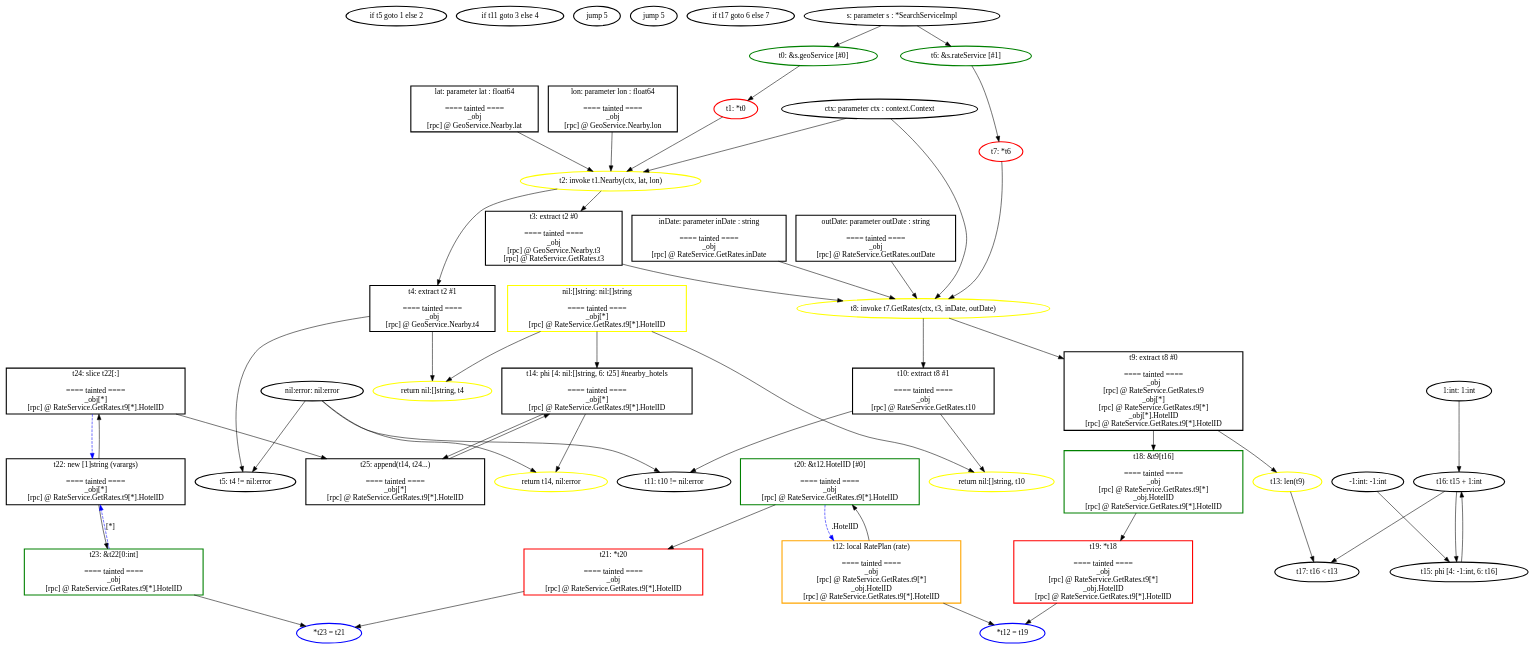
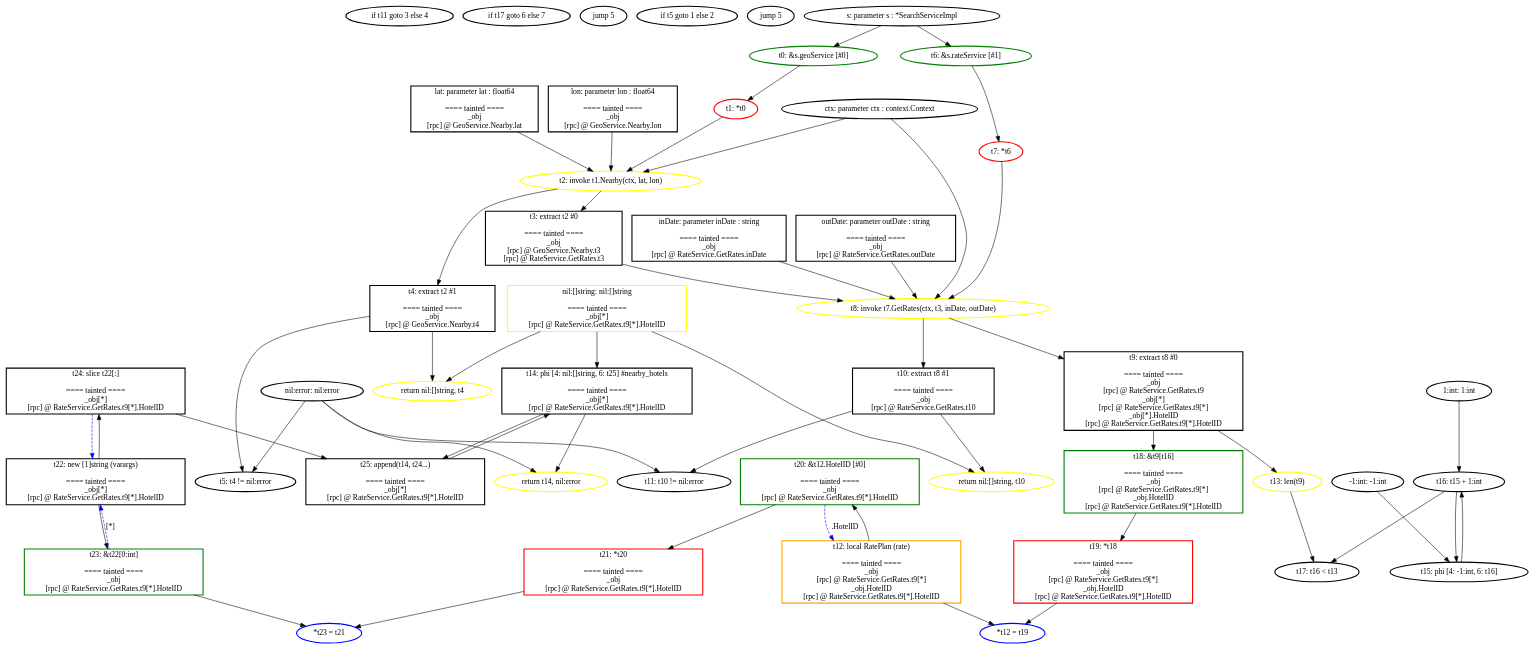
One commit to aletheia-microservices/aletheia changed the diagram in ssa_analysis/analyzer/output/dsb_hotel2/ssagraphs/hotelreservation2.SearchService.Nearby.dot. Above: the diagram before and after it, drawn with Graphviz. The commit also changed 479 other files, not shown here.

```diff
--- a/ssa_analysis/analyzer/output/dsb_hotel2/ssagraphs/hotelreservation2.SearchService.Nearby.dot
+++ b/ssa_analysis/analyzer/output/dsb_hotel2/ssagraphs/hotelreservation2.SearchService.Nearby.dot
@@ -1,35 +1,35 @@
 digraph G {
 	rankdir=TD;
-	N_instr__1151232560 [label="if t5 goto 1 else 2", style=bold, shape=ellipse, color="black"];
-	N_instr__1151232560 [label="if t5 goto 1 else 2", style=bold, shape=ellipse, color="black"];
-	N_instr__1353304593 [label="if t11 goto 3 else 4", style=bold, shape=ellipse, color="black"];
-	N_instr__1353304593 [label="if t11 goto 3 else 4", style=bold, shape=ellipse, color="black"];
-	N_instr__1560467421 [label="jump 5", style=bold, shape=ellipse, color="black"];
-	N_instr__1560467421 [label="jump 5", style=bold, shape=ellipse, color="black"];
-	N_instr__834263129 [label="jump 5", style=bold, shape=ellipse, color="black"];
-	N_instr__834263129 [label="jump 5", style=bold, shape=ellipse, color="black"];
-	N_instr__899115765 [label="if t17 goto 6 else 7", style=bold, shape=ellipse, color="black"];
-	N_instr__899115765 [label="if t17 goto 6 else 7", style=bold, shape=ellipse, color="black"];
-	N_instr_ret_2832297 [label="return nil:[]string, t4", style=bold, shape=ellipse, color="yellow"];
-	N_instr_ret_2832297 [label="return nil:[]string, t4", style=bold, shape=ellipse, color="yellow"];
-	N_instr_ret_2832424 [label="return nil:[]string, t10", style=bold, shape=ellipse, color="yellow"];
-	N_instr_ret_2832424 [label="return nil:[]string, t10", style=bold, shape=ellipse, color="yellow"];
-	N_instr_ret_2832541 [label="return t14, nil:error", style=bold, shape=ellipse, color="yellow"];
-	N_instr_ret_2832541 [label="return t14, nil:error", style=bold, shape=ellipse, color="yellow"];
-	N_instr_store_2832461 [label="*t12 = t19", style=bold, shape=ellipse, color="blue"];
-	N_instr_store_2832461 [label="*t12 = t19", style=bold, shape=ellipse, color="blue"];
-	N_instr_store_2832528 [label="*t23 = t21", style=bold, shape=ellipse, color="blue"];
-	N_instr_store_2832528 [label="*t23 = t21", style=bold, shape=ellipse, color="blue"];
-	N_nil_2046359962 [label="nil:error: nil:error", style=bold, shape=ellipse, color="black"];
-	N_nil_809098186 [label="nil:[]string: nil:[]string
+	N_instr__1057791145 [label="if t11 goto 3 else 4", style=bold, shape=ellipse, color="black"];
+	N_instr__1057791145 [label="if t11 goto 3 else 4", style=bold, shape=ellipse, color="black"];
+	N_instr__1237471363 [label="if t17 goto 6 else 7", style=bold, shape=ellipse, color="black"];
+	N_instr__1237471363 [label="if t17 goto 6 else 7", style=bold, shape=ellipse, color="black"];
+	N_instr__1324615467 [label="jump 5", style=bold, shape=ellipse, color="black"];
+	N_instr__1324615467 [label="jump 5", style=bold, shape=ellipse, color="black"];
+	N_instr__1620102774 [label="if t5 goto 1 else 2", style=bold, shape=ellipse, color="black"];
+	N_instr__1620102774 [label="if t5 goto 1 else 2", style=bold, shape=ellipse, color="black"];
+	N_instr__96129956 [label="jump 5", style=bold, shape=ellipse, color="black"];
+	N_instr__96129956 [label="jump 5", style=bold, shape=ellipse, color="black"];
+	N_instr_ret_4341304 [label="return nil:[]string, t4", style=bold, shape=ellipse, color="yellow"];
+	N_instr_ret_4341304 [label="return nil:[]string, t4", style=bold, shape=ellipse, color="yellow"];
+	N_instr_ret_4341431 [label="return nil:[]string, t10", style=bold, shape=ellipse, color="yellow"];
+	N_instr_ret_4341431 [label="return nil:[]string, t10", style=bold, shape=ellipse, color="yellow"];
+	N_instr_ret_4341548 [label="return t14, nil:error", style=bold, shape=ellipse, color="yellow"];
+	N_instr_ret_4341548 [label="return t14, nil:error", style=bold, shape=ellipse, color="yellow"];
+	N_instr_store_4341468 [label="*t12 = t19", style=bold, shape=ellipse, color="blue"];
+	N_instr_store_4341468 [label="*t12 = t19", style=bold, shape=ellipse, color="blue"];
+	N_instr_store_4341535 [label="*t23 = t21", style=bold, shape=ellipse, color="blue"];
+	N_instr_store_4341535 [label="*t23 = t21", style=bold, shape=ellipse, color="blue"];
+	N_nil_1111124541 [label="nil:[]string: nil:[]string
 
 ==== tainted ====
 _obj[*]
 [rpc] @ RateService.GetRates.t9[*].HotelID
 ", style=bold, shape=box, color="yellow"];
+	N_nil_892673024 [label="nil:error: nil:error", style=bold, shape=ellipse, color="black"];
 	N_val__1_int [label="-1:int: -1:int", style=bold, shape=ellipse, color="black"];
 	N_val_1_int [label="1:int: 1:int", style=bold, shape=ellipse, color="black"];
-	N_val_alloc_2832461 [label="t12: local RatePlan (rate)
+	N_val_alloc_4341468 [label="t12: local RatePlan (rate)
 
 ==== tainted ====
 _obj
@@ -37,19 +37,19 @@
 _obj.HotelID
 [rpc] @ RateService.GetRates.t9[*].HotelID
 ", style=bold, shape=box, color="orange"];
-	N_val_alloc_2832535 [label="t22: new [1]string (varargs)
+	N_val_alloc_4341542 [label="t22: new [1]string (varargs)
 
 ==== tainted ====
 _obj[*]
 [rpc] @ RateService.GetRates.t9[*].HotelID
 ", style=bold, shape=box, color="black"];
-	N_val_binary_2832286 [label="t5: t4 != nil:error", style=bold, shape=ellipse, color="black"];
-	N_val_binary_2832413 [label="t11: t10 != nil:error", style=bold, shape=ellipse, color="black"];
+	N_val_binary_4341293 [label="t5: t4 != nil:error", style=bold, shape=ellipse, color="black"];
+	N_val_binary_4341420 [label="t11: t10 != nil:error", style=bold, shape=ellipse, color="black"];
 	N_val_binaryt16 [label="t16: t15 + 1:int", style=bold, shape=ellipse, color="black"];
 	N_val_binaryt17 [label="t17: t16 < t13", style=bold, shape=ellipse, color="black"];
-	N_val_call_2832262 [label="t2: invoke t1.Nearby(ctx, lat, lon)", style=bold, shape=ellipse, color="yellow"];
-	N_val_call_2832364 [label="t8: invoke t7.GetRates(ctx, t3, inDate, outDate)", style=bold, shape=ellipse, color="yellow"];
-	N_val_call_2832507 [label="t25: append(t14, t24...)
+	N_val_call_4341269 [label="t2: invoke t1.Nearby(ctx, lat, lon)", style=bold, shape=ellipse, color="yellow"];
+	N_val_call_4341371 [label="t8: invoke t7.GetRates(ctx, t3, inDate, outDate)", style=bold, shape=ellipse, color="yellow"];
+	N_val_call_4341514 [label="t25: append(t14, t24...)
 
 ==== tainted ====
 _obj[*]
@@ -85,15 +85,15 @@
 _obj[*].HotelID
 [rpc] @ RateService.GetRates.t9[*].HotelID
 ", style=bold, shape=box, color="black"];
-	N_val_field_2832245 [label="t0: &s.geoService [#0]", style=bold, shape=ellipse, color="green"];
-	N_val_field_2832344 [label="t6: &s.rateService [#1]", style=bold, shape=ellipse, color="green"];
-	N_val_field_2832528 [label="t20: &t12.HotelID [#0]
+	N_val_field_4341252 [label="t0: &s.geoService [#0]", style=bold, shape=ellipse, color="green"];
+	N_val_field_4341351 [label="t6: &s.rateService [#1]", style=bold, shape=ellipse, color="green"];
+	N_val_field_4341535 [label="t20: &t12.HotelID [#0]
 
 ==== tainted ====
 _obj
 [rpc] @ RateService.GetRates.t9[*].HotelID
 ", style=bold, shape=box, color="green"];
-	N_val_index_2832475 [label="t18: &t9[t16]
+	N_val_index_4341482 [label="t18: &t9[t16]
 
 ==== tainted ====
 _obj
@@ -107,33 +107,33 @@
 _obj
 [rpc] @ RateService.GetRates.t9[*].HotelID
 ", style=bold, shape=box, color="green"];
-	N_val_param_2832062 [label="s: parameter s : *SearchServiceImpl", style=bold, shape=ellipse, color="black"];
-	N_val_param_2832091 [label="ctx: parameter ctx : context.Context", style=bold, shape=ellipse, color="black"];
-	N_val_param_2832112 [label="lat: parameter lat : float64
+	N_val_param_4341069 [label="s: parameter s : *SearchServiceImpl", style=bold, shape=ellipse, color="black"];
+	N_val_param_4341098 [label="ctx: parameter ctx : context.Context", style=bold, shape=ellipse, color="black"];
+	N_val_param_4341119 [label="lat: parameter lat : float64
 
 ==== tainted ====
 _obj
 [rpc] @ GeoService.Nearby.lat
 ", style=bold, shape=box, color="black"];
-	N_val_param_2832125 [label="lon: parameter lon : float64
+	N_val_param_4341132 [label="lon: parameter lon : float64
 
 ==== tainted ====
 _obj
 [rpc] @ GeoService.Nearby.lon
 ", style=bold, shape=box, color="black"];
-	N_val_param_2832138 [label="inDate: parameter inDate : string
+	N_val_param_4341145 [label="inDate: parameter inDate : string
 
 ==== tainted ====
 _obj
 [rpc] @ RateService.GetRates.inDate
 ", style=bold, shape=box, color="black"];
-	N_val_param_2832153 [label="outDate: parameter outDate : string
+	N_val_param_4341160 [label="outDate: parameter outDate : string
 
 ==== tainted ====
 _obj
 [rpc] @ RateService.GetRates.outDate
 ", style=bold, shape=box, color="black"];
-	N_val_phi_2832194 [label="t14: phi [4: nil:[]string, 6: t25] #nearby_hotels
+	N_val_phi_4341201 [label="t14: phi [4: nil:[]string, 6: t25] #nearby_hotels
 
 ==== tainted ====
 _obj[*]
@@ -146,9 +146,9 @@
 _obj[*]
 [rpc] @ RateService.GetRates.t9[*].HotelID
 ", style=bold, shape=box, color="black"];
-	N_val_unary_2832245 [label="t1: *t0", style=bold, shape=ellipse, color="red"];
-	N_val_unary_2832344 [label="t7: *t6", style=bold, shape=ellipse, color="red"];
-	N_val_unary_2832528 [label="t21: *t20
+	N_val_unary_4341252 [label="t1: *t0", style=bold, shape=ellipse, color="red"];
+	N_val_unary_4341351 [label="t7: *t6", style=bold, shape=ellipse, color="red"];
+	N_val_unary_4341535 [label="t21: *t20
 
 ==== tainted ====
 _obj
@@ -162,55 +162,55 @@
 _obj.HotelID
 [rpc] @ RateService.GetRates.t9[*].HotelID
 ", style=bold, shape=box, color="red"];
-	N_val_param_2832062 -> N_val_field_2832245;
-	N_val_field_2832245 -> N_val_unary_2832245;
-	N_val_param_2832091 -> N_val_call_2832262;
-	N_val_param_2832112 -> N_val_call_2832262;
-	N_val_param_2832125 -> N_val_call_2832262;
-	N_val_unary_2832245 -> N_val_call_2832262;
-	N_val_call_2832262 -> N_val_extrt3;
-	N_val_call_2832262 -> N_val_extrt4;
-	N_val_extrt4 -> N_val_binary_2832286;
-	N_nil_2046359962 -> N_val_binary_2832286;
-	N_nil_809098186 -> N_instr_ret_2832297;
-	N_val_extrt4 -> N_instr_ret_2832297;
-	N_val_param_2832062 -> N_val_field_2832344;
-	N_val_field_2832344 -> N_val_unary_2832344;
-	N_val_param_2832091 -> N_val_call_2832364;
-	N_val_extrt3 -> N_val_call_2832364;
-	N_val_param_2832138 -> N_val_call_2832364;
-	N_val_param_2832153 -> N_val_call_2832364;
-	N_val_unary_2832344 -> N_val_call_2832364;
-	N_val_call_2832364 -> N_val_extrt9;
-	N_val_call_2832364 -> N_val_extrt10;
-	N_val_extrt10 -> N_val_binary_2832413;
-	N_nil_2046359962 -> N_val_binary_2832413;
-	N_nil_809098186 -> N_instr_ret_2832424;
-	N_val_extrt10 -> N_instr_ret_2832424;
+	N_val_param_4341069 -> N_val_field_4341252;
+	N_val_field_4341252 -> N_val_unary_4341252;
+	N_val_param_4341098 -> N_val_call_4341269;
+	N_val_param_4341119 -> N_val_call_4341269;
+	N_val_param_4341132 -> N_val_call_4341269;
+	N_val_unary_4341252 -> N_val_call_4341269;
+	N_val_call_4341269 -> N_val_extrt3;
+	N_val_call_4341269 -> N_val_extrt4;
+	N_val_extrt4 -> N_val_binary_4341293;
+	N_nil_892673024 -> N_val_binary_4341293;
+	N_nil_1111124541 -> N_instr_ret_4341304;
+	N_val_extrt4 -> N_instr_ret_4341304;
+	N_val_param_4341069 -> N_val_field_4341351;
+	N_val_field_4341351 -> N_val_unary_4341351;
+	N_val_param_4341098 -> N_val_call_4341371;
+	N_val_extrt3 -> N_val_call_4341371;
+	N_val_param_4341145 -> N_val_call_4341371;
+	N_val_param_4341160 -> N_val_call_4341371;
+	N_val_unary_4341351 -> N_val_call_4341371;
+	N_val_call_4341371 -> N_val_extrt9;
+	N_val_call_4341371 -> N_val_extrt10;
+	N_val_extrt10 -> N_val_binary_4341420;
+	N_nil_892673024 -> N_val_binary_4341420;
+	N_nil_1111124541 -> N_instr_ret_4341431;
+	N_val_extrt10 -> N_instr_ret_4341431;
 	N_val_extrt9 -> N_val_callt13;
-	N_nil_809098186 -> N_val_phi_2832194;
-	N_val_phi_2832194 -> N_val_call_2832507;
-	N_val_alloc_2832535 -> N_val_slicet24;
-	N_val_slicet24 -> N_val_call_2832507;
-	N_val_call_2832507 -> N_val_phi_2832194;
+	N_nil_1111124541 -> N_val_phi_4341201;
+	N_val_phi_4341201 -> N_val_call_4341514;
+	N_val_alloc_4341542 -> N_val_slicet24;
+	N_val_slicet24 -> N_val_call_4341514;
+	N_val_call_4341514 -> N_val_phi_4341201;
 	N_val__1_int -> N_val_phit15;
 	N_val_phit15 -> N_val_binaryt16;
 	N_val_1_int -> N_val_binaryt16;
 	N_val_binaryt16 -> N_val_phit15;
 	N_val_binaryt16 -> N_val_binaryt17;
 	N_val_callt13 -> N_val_binaryt17;
-	N_val_extrt9 -> N_val_index_2832475;
-	N_val_index_2832475 -> N_val_unaryt19;
-	N_val_alloc_2832461 -> N_instr_store_2832461;
-	N_val_unaryt19 -> N_instr_store_2832461;
-	N_val_alloc_2832461 -> N_val_field_2832528;
-	N_val_field_2832528 -> N_val_unary_2832528;
-	N_val_alloc_2832535 -> N_val_indext23;
-	N_val_indext23 -> N_instr_store_2832528;
-	N_val_unary_2832528 -> N_instr_store_2832528;
-	N_val_phi_2832194 -> N_instr_ret_2832541;
-	N_nil_2046359962 -> N_instr_ret_2832541;
-	N_val_field_2832528 -> N_val_alloc_2832461 [label=".HotelID", style=dashed, color=blue];
-	N_val_slicet24 -> N_val_alloc_2832535 [label="", style=dashed, color=blue];
-	N_val_indext23 -> N_val_alloc_2832535 [label="[*]", style=dashed, color=blue];
+	N_val_extrt9 -> N_val_index_4341482;
+	N_val_index_4341482 -> N_val_unaryt19;
+	N_val_alloc_4341468 -> N_instr_store_4341468;
+	N_val_unaryt19 -> N_instr_store_4341468;
+	N_val_alloc_4341468 -> N_val_field_4341535;
+	N_val_field_4341535 -> N_val_unary_4341535;
+	N_val_alloc_4341542 -> N_val_indext23;
+	N_val_indext23 -> N_instr_store_4341535;
+	N_val_unary_4341535 -> N_instr_store_4341535;
+	N_val_phi_4341201 -> N_instr_ret_4341548;
+	N_nil_892673024 -> N_instr_ret_4341548;
+	N_val_indext23 -> N_val_alloc_4341542 [label="[*]", style=dashed, color=blue];
+	N_val_slicet24 -> N_val_alloc_4341542 [label="", style=dashed, color=blue];
+	N_val_field_4341535 -> N_val_alloc_4341468 [label=".HotelID", style=dashed, color=blue];
 }
```
